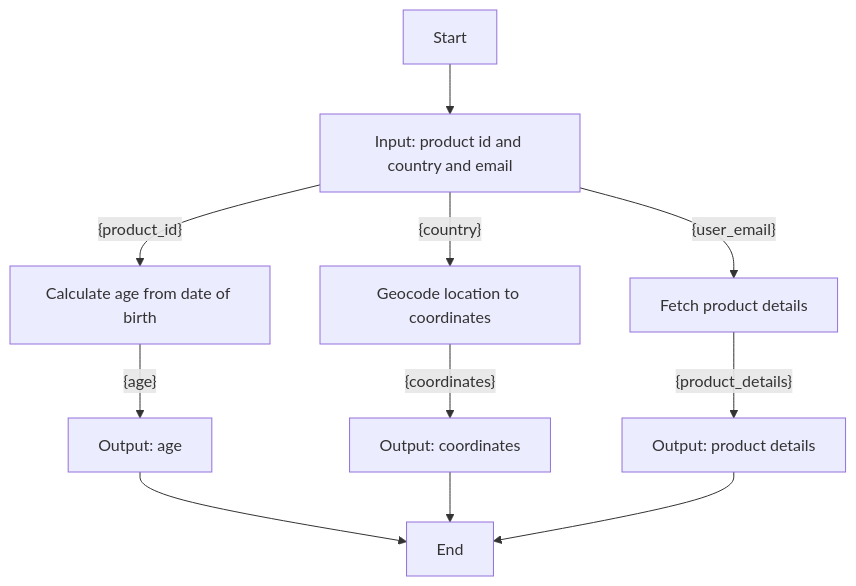
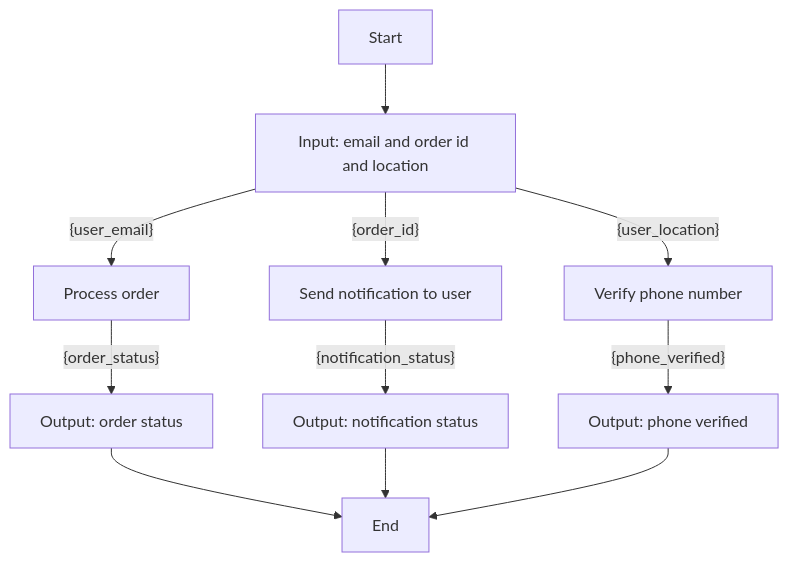
One commit to YJ-928/Temporal-Python-SDK changed the diagram in poc-dsl-compiler/input/workflows/workflow_3.md. Above: the diagram before and after it, drawn with Mermaid. The commit also changed 29 other files, not shown here.

````diff
--- a/poc-dsl-compiler/input/workflows/workflow_3.md
+++ b/poc-dsl-compiler/input/workflows/workflow_3.md
@@ -1,13 +1,13 @@
 ```mermaid
 graph TD
-    A[Start] --> B[Input: product id and country and email]
-    B[Input: product id and country and email] -- {product_id} --> C[Calculate age from date of birth]
-    C[Calculate age from date of birth] -- {age} --> D[Output: age]
-    D[Output: age] --> I[End]
-    B[Input: product id and country and email] -- {country} --> E[Geocode location to coordinates]
-    E[Geocode location to coordinates] -- {coordinates} --> F[Output: coordinates]
-    F[Output: coordinates] --> I[End]
-    B[Input: product id and country and email] -- {user_email} --> G[Fetch product details]
-    G[Fetch product details] -- {product_details} --> H[Output: product details]
-    H[Output: product details] --> I[End]
+    A[Start] --> B[Input: email and order id and location]
+    B[Input: email and order id and location] -- {user_email} --> C[Process order]
+    C[Process order] -- {order_status} --> D[Output: order status]
+    D[Output: order status] --> I[End]
+    B[Input: email and order id and location] -- {order_id} --> E[Send notification to user]
+    E[Send notification to user] -- {notification_status} --> F[Output: notification status]
+    F[Output: notification status] --> I[End]
+    B[Input: email and order id and location] -- {user_location} --> G[Verify phone number]
+    G[Verify phone number] -- {phone_verified} --> H[Output: phone verified]
+    H[Output: phone verified] --> I[End]
 ```
````
